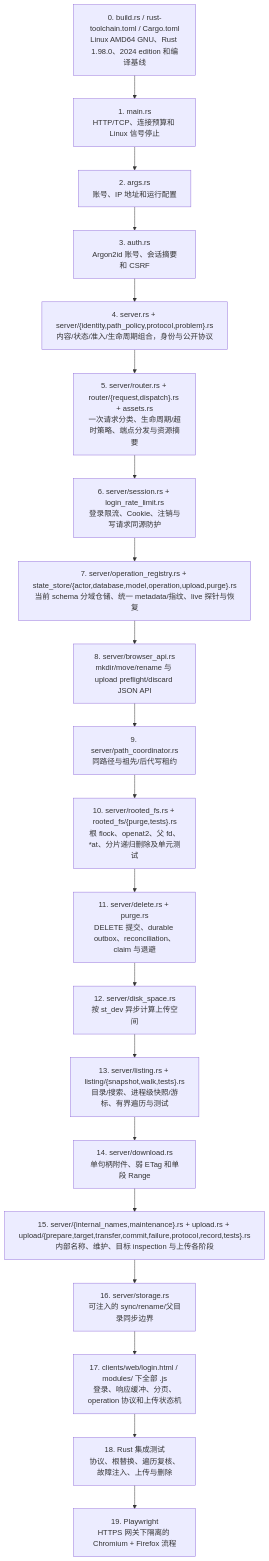
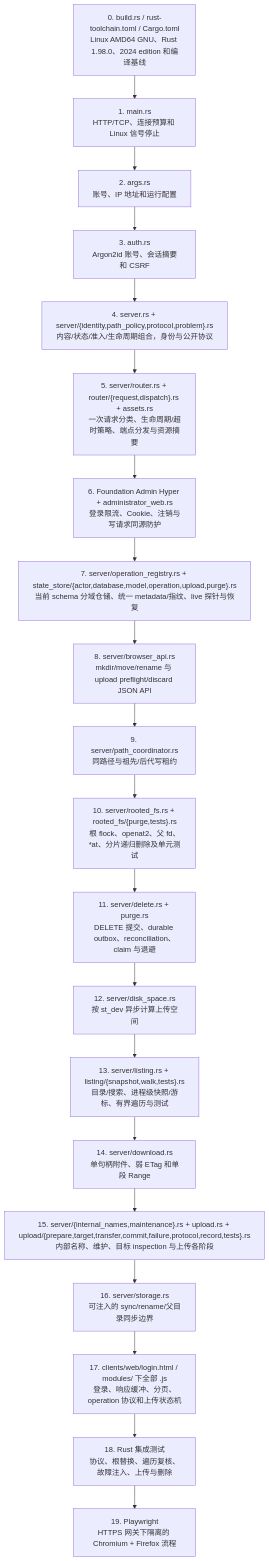
Diagram 20 of 21 in docs/project-workflow.md (isarmg/dufs-ram), drawn with Mermaid before and after one commit. The commit also changed other lines of this file and 88 other files, not shown here.

Commit message:
release: prepare Dufs v0.50.1 with immutable server foundation

````diff
--- a/docs/project-workflow.md
+++ b/docs/project-workflow.md
@@ -973,22 +935,22 @@
 ```mermaid
 flowchart TD
     T["0. build.rs / rust-toolchain.toml / Cargo.toml<br/>Linux AMD64 GNU、Rust 1.98.0、2024 edition 和编译基线"] --> A["1. main.rs<br/>HTTP/TCP、连接预算和 Linux 信号停止"]
     A --> B["2. args.rs<br/>账号、IP 地址和运行配置"]
     B --> C["3. auth.rs<br/>Argon2id 账号、会话摘要和 CSRF"]
     C --> D["4. server.rs + server/{identity,path_policy,protocol,problem}.rs<br/>内容/状态/准入/生命周期组合，身份与公开协议"]
     D --> R["5. server/router.rs + router/{request,dispatch}.rs + assets.rs<br/>一次请求分类、生命周期/超时策略、端点分发与资源摘要"]
-    R --> G["6. server/session.rs + login_rate_limit.rs<br/>登录限流、Cookie、注销与写请求同源防护"]
+    R --> G["6. Foundation Admin Hyper + administrator_web.rs<br/>登录限流、Cookie、注销与写请求同源防护"]
     G --> OP["7. server/operation_registry.rs + state_store/{actor,database,model,operation,upload,purge}.rs<br/>当前 schema 分域仓储、统一 metadata/指纹、live 探针与恢复"]
     OP --> H["8. server/browser_api.rs<br/>mkdir/move/rename 与 upload preflight/discard JSON API"]
     H --> E["9. server/path_coordinator.rs<br/>同路径与祖先/后代写租约"]
     E --> F["10. server/rooted_fs.rs + rooted_fs/{purge,tests}.rs<br/>根 flock、openat2、父 fd、*at、分片递归删除及单元测试"]
     F --> P["11. server/delete.rs + purge.rs<br/>DELETE 提交、durable outbox、reconciliation、claim 与退避"]
     P --> DS["12. server/disk_space.rs<br/>按 st_dev 异步计算上传空间"]
     DS --> I["13. server/listing.rs + listing/{snapshot,walk,tests}.rs<br/>目录/搜索、进程级快照/游标、有界遍历与测试"]
     I --> J["14. server/download.rs<br/>单句柄附件、弱 ETag 和单段 Range"]
     J --> K["15. server/{internal_names,maintenance}.rs + upload.rs + upload/{prepare,target,transfer,commit,failure,protocol,record,tests}.rs<br/>内部名称、维护、目标 inspection 与上传各阶段"]
     K --> L["16. server/storage.rs<br/>可注入的 sync/rename/父目录同步边界"]
     L --> M["17. clients/web/login.html / modules/ 下全部 .js<br/>登录、响应缓冲、分页、operation 协议和上传状态机"]
     M --> N["18. Rust 集成测试<br/>协议、根替换、遍历复核、故障注入、上传与删除"]
     N --> O["19. Playwright<br/>HTTPS 网关下隔离的 Chromium + Firefox 流程"]
 ```
````
